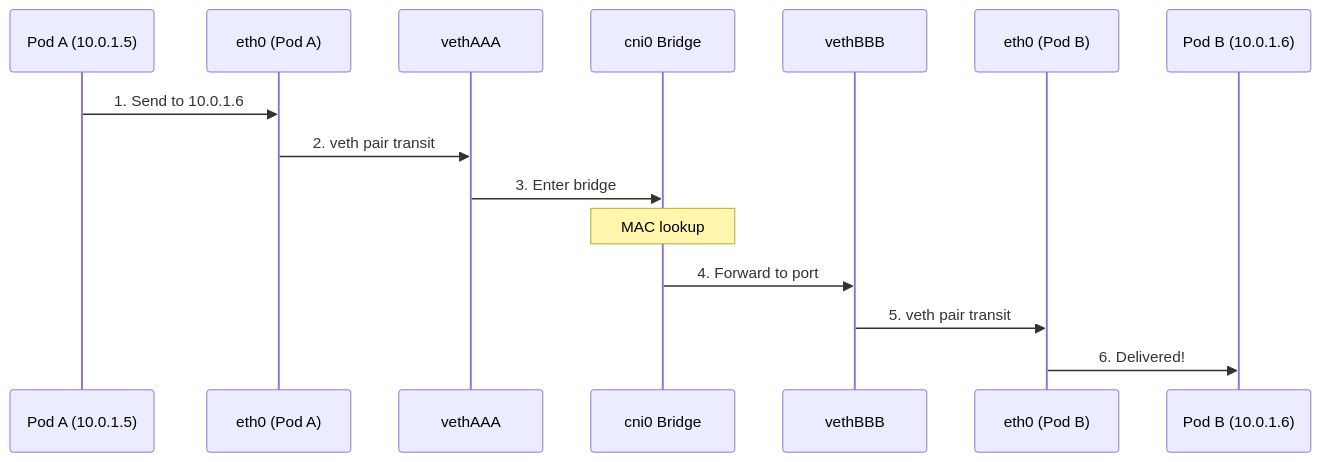
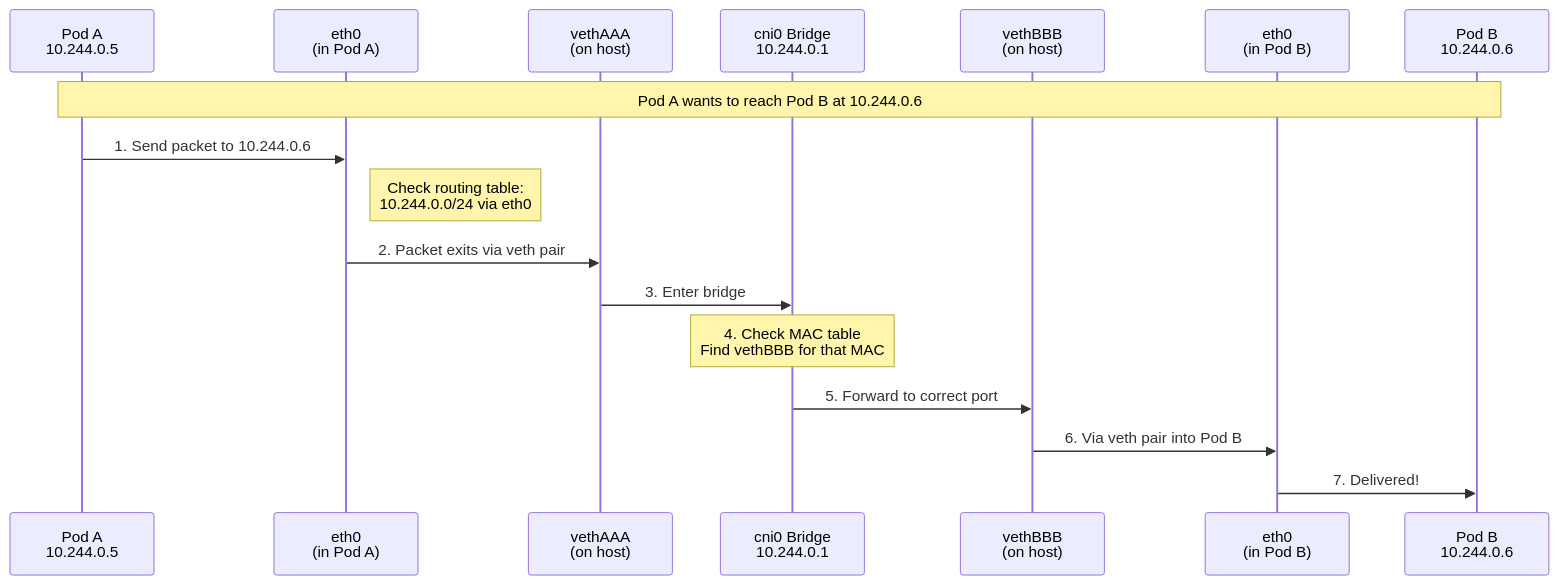
The diagram in cni_networking/04-pod-networking-internals.md (selvakumarperumal/k8s_minikube_learn), drawn with Mermaid before and after one commit. The commit also changed other lines of this file and 4 other files, not shown here.

````diff
--- a/cni_networking/04-pod-networking-internals.md
+++ b/cni_networking/04-pod-networking-internals.md
@@ -414,18 +536,21 @@
 ```mermaid
 sequenceDiagram
-    participant PodA as Pod A (10.0.1.5)
-    participant EthA as eth0 (Pod A)
-    participant VethA as vethAAA
-    participant Bridge as cni0 Bridge
-    participant VethB as vethBBB
-    participant EthB as eth0 (Pod B)
-    participant PodB as Pod B (10.0.1.6)
+    participant PodA as Pod A<br/>10.244.0.5
+    participant ethA as eth0<br/>(in Pod A)
+    participant vethA as vethAAA<br/>(on host)
+    participant Bridge as cni0 Bridge<br/>10.244.0.1
+    participant vethB as vethBBB<br/>(on host)
+    participant ethB as eth0<br/>(in Pod B)
+    participant PodB as Pod B<br/>10.244.0.6
     
-    PodA->>EthA: 1. Send to 10.0.1.6
-    EthA->>VethA: 2. veth pair transit
-    VethA->>Bridge: 3. Enter bridge
-    Note over Bridge: MAC lookup
-    Bridge->>VethB: 4. Forward to port
-    VethB->>EthB: 5. veth pair transit
-    EthB->>PodB: 6. Delivered!
+    Note over PodA,PodB: Pod A wants to reach Pod B at 10.244.0.6
+    
+    PodA->>ethA: 1. Send packet to 10.244.0.6
+    Note right of ethA: Check routing table:<br/>10.244.0.0/24 via eth0
+    ethA->>vethA: 2. Packet exits via veth pair
+    vethA->>Bridge: 3. Enter bridge
+    Note over Bridge: 4. Check MAC table<br/>Find vethBBB for that MAC
+    Bridge->>vethB: 5. Forward to correct port
+    vethB->>ethB: 6. Via veth pair into Pod B
+    ethB->>PodB: 7. Delivered!
 ```
````
